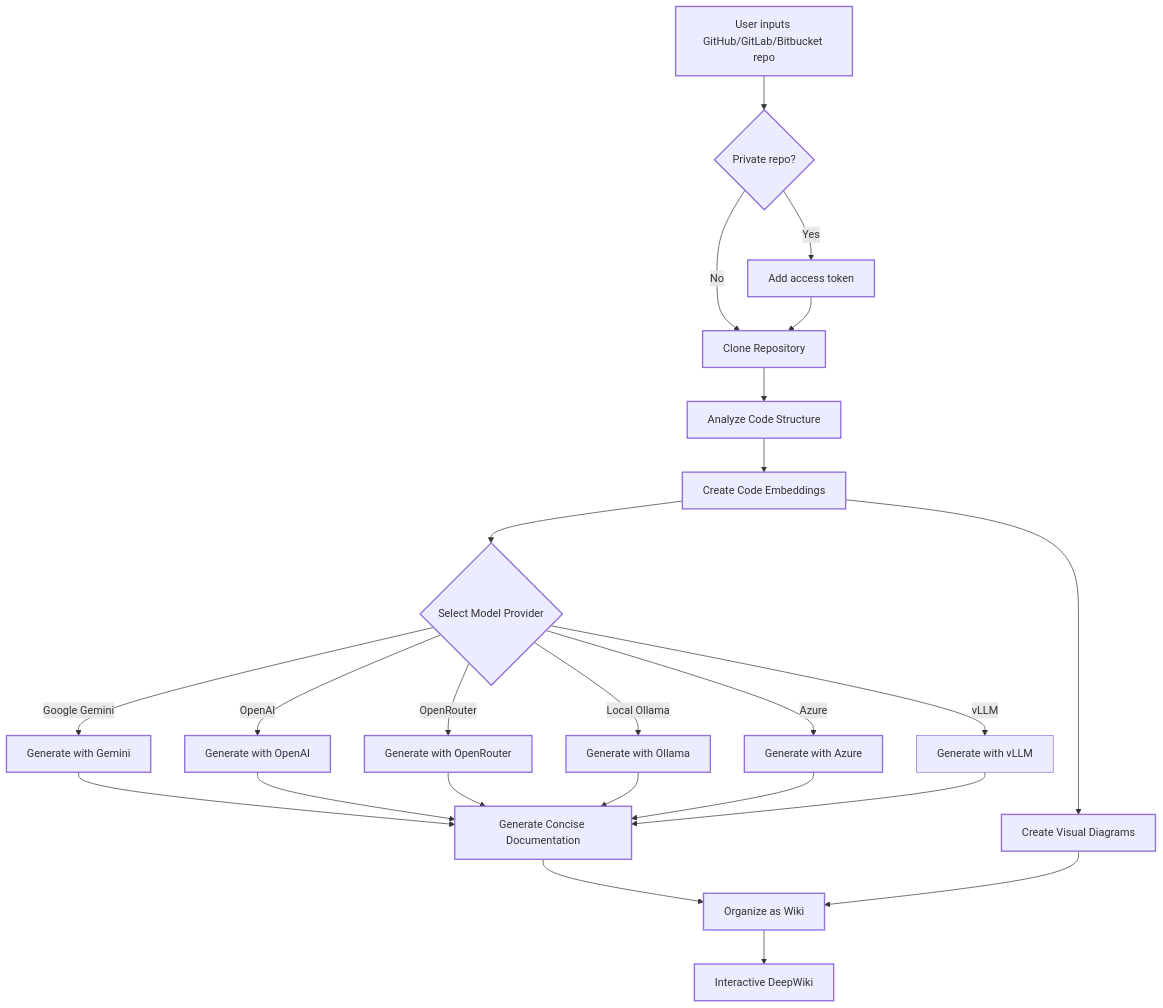
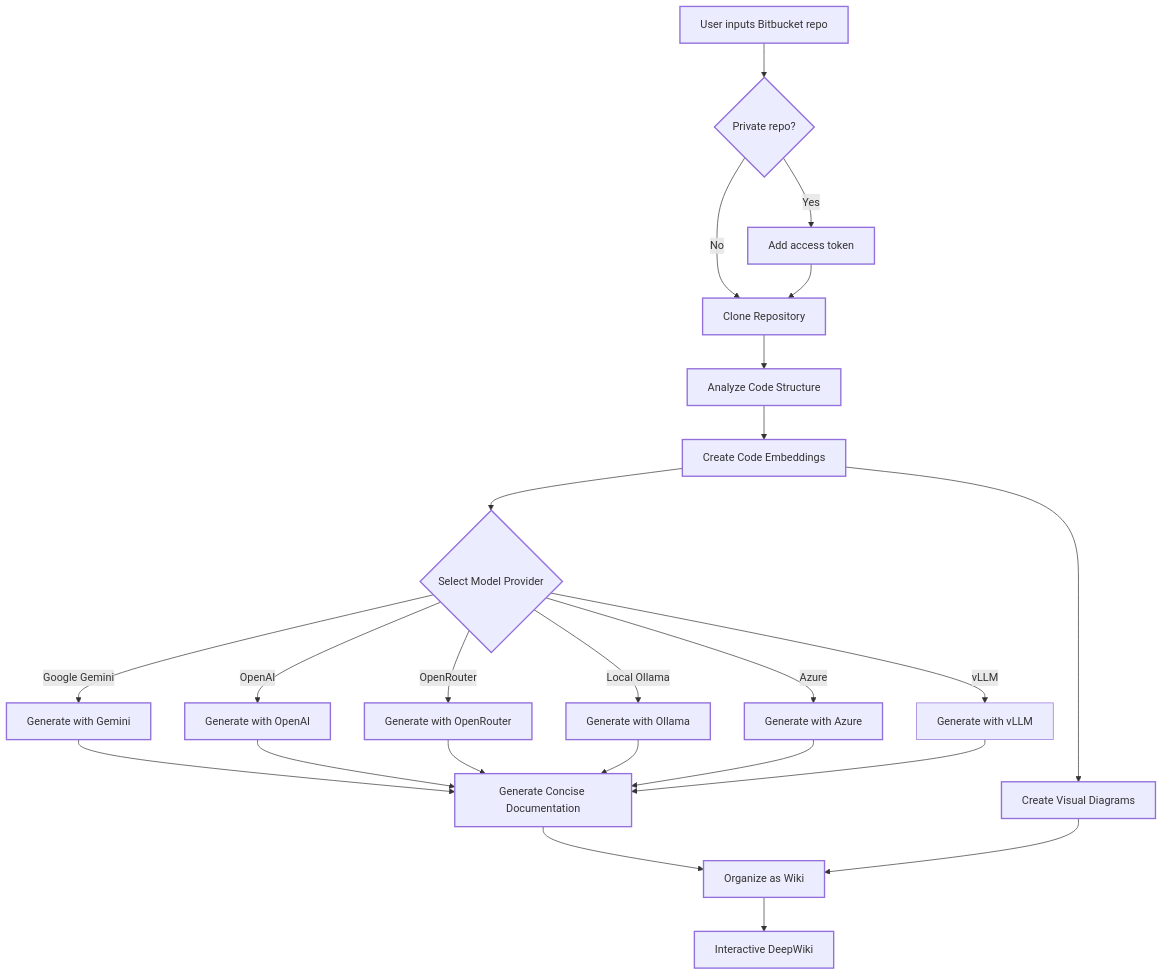
Before and after one commit to Jai1122/deepwiki-open-v1: the diagram in README.md, drawn with Mermaid. The commit also changed other lines of this file and 8 other files, not shown here.

````diff
--- a/README.md
+++ b/README.md
@@ -244,39 +242,39 @@
 ```mermaid
 graph TD
-    A[User inputs GitHub/GitLab/Bitbucket repo] --> AA{Private repo?}
+    A[User inputs Bitbucket repo] --> AA{Private repo?}
     AA -->|Yes| AB[Add access token]
     AA -->|No| B[Clone Repository]
     AB --> B
     B --> C[Analyze Code Structure]
     C --> D[Create Code Embeddings]
 
     D --> M{Select Model Provider}
     M -->|Google Gemini| E1[Generate with Gemini]
     M -->|OpenAI| E2[Generate with OpenAI]
     M -->|OpenRouter| E3[Generate with OpenRouter]
     M -->|Local Ollama| E4[Generate with Ollama]
     M -->|Azure| E5[Generate with Azure]
     M -->|vLLM| E6[Generate with vLLM]
 
     E1 --> E[Generate Concise Documentation]
     E2 --> E
     E3 --> E
     E4 --> E
     E5 --> E
     E6 --> E
 
     D --> F[Create Visual Diagrams]
     E --> G[Organize as Wiki]
     F --> G
     G --> H[Interactive DeepWiki]
 
     classDef process stroke-width:2px;
     classDef data stroke-width:2px;
     classDef result stroke-width:2px;
     classDef decision stroke-width:2px;
 
     class A,D data;
     class AA,M decision;
     class B,C,E,F,G,AB,E1,E2,E3,E4,E5 process;
     class H result;
 ```
````
